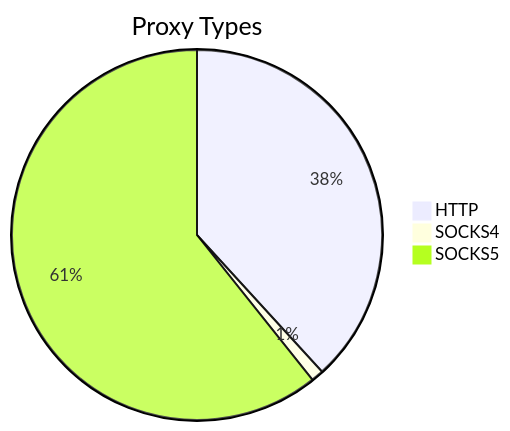
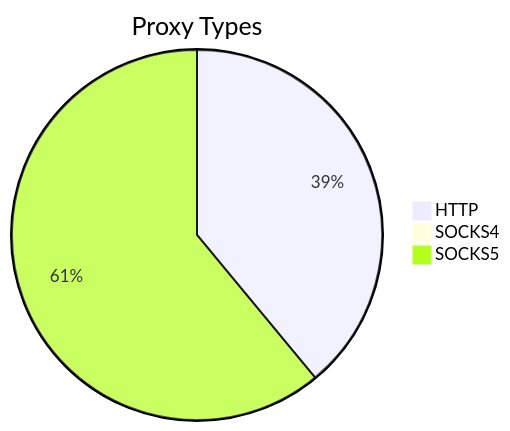
The first of 2 diagrams in README.md (stormsia/proxy-list), drawn with Mermaid before and after one commit. The commit also changed other lines of this file, not shown here.

````diff
--- a/README.md
+++ b/README.md
@@ -21,6 +21,6 @@
 ```mermaid
 pie title Proxy Types
-    "HTTP" : 567
-    "SOCKS4" : 16
-    "SOCKS5" : 901
+    "HTTP" : 540
+    "SOCKS4" : 6
+    "SOCKS5" : 845
 ```
````
